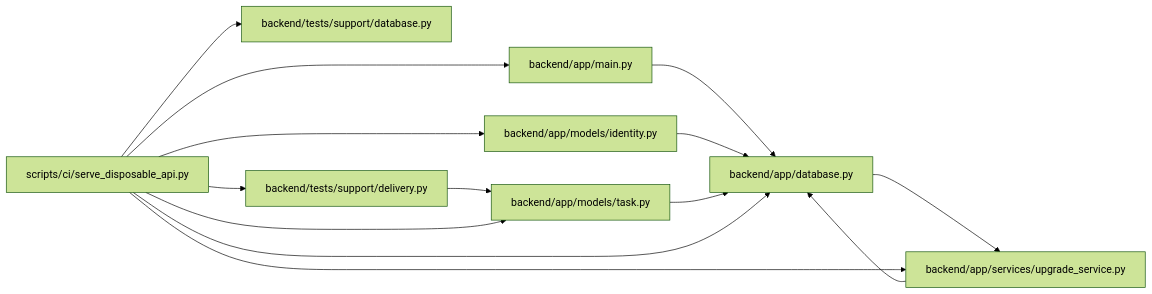
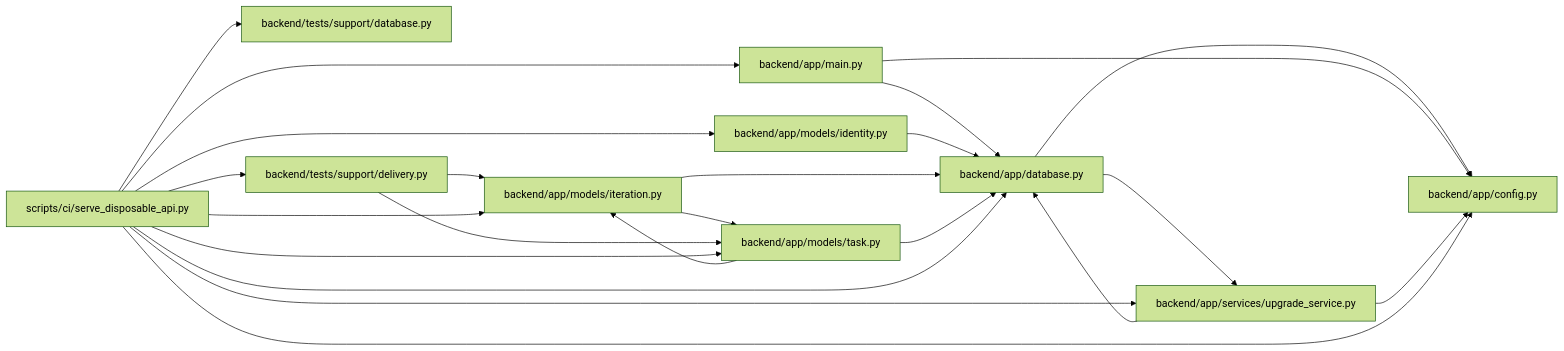
One commit to Denissvgn/WorkChord changed the diagram in docs/llm_wiki/modules/serve_disposable_api.md. Above: the diagram before and after it, drawn with Mermaid (forest theme). The commit also changed other lines of this file and 10148 other files, not shown here.

````diff
--- a/docs/llm_wiki/modules/serve_disposable_api.md
+++ b/docs/llm_wiki/modules/serve_disposable_api.md
@@ -33,32 +37,45 @@
 ```mermaid
 flowchart LR
-    n0["backend/app/database.py"]
-    n1["backend/app/main.py"]
-    n2["backend/app/models/identity.py"]
-    n3["backend/app/models/task.py"]
-    n4["backend/app/services/upgrade_service.py"]
-    n5["backend/tests/support/database.py"]
-    n6["backend/tests/support/delivery.py"]
-    n7["scripts/ci/serve_disposable_api.py"]
-    n0 --> n4
+    n0["backend/app/config.py"]
+    n1["backend/app/database.py"]
+    n2["backend/app/main.py"]
+    n3["backend/app/models/identity.py"]
+    n4["backend/app/models/iteration.py"]
+    n5["backend/app/models/task.py"]
+    n6["backend/app/services/upgrade_service.py"]
+    n7["backend/tests/support/database.py"]
+    n8["backend/tests/support/delivery.py"]
+    n9["scripts/ci/serve_disposable_api.py"]
     n1 --> n0
+    n1 --> n6
     n2 --> n0
-    n3 --> n0
-    n4 --> n0
-    n6 --> n3
-    n7 --> n0
-    n7 --> n1
-    n7 --> n2
-    n7 --> n3
-    n7 --> n4
-    n7 --> n5
-    n7 --> n6
-    click n0 "../modules/app_database.md"
-    click n1 "../modules/app_main.md"
-    click n2 "../modules/models_identity.md"
-    click n3 "../modules/models_task.md"
-    click n4 "../modules/upgrade_service.md"
-    click n5 "../modules/support_database.md"
-    click n6 "../modules/delivery.md"
-    click n7 "../modules/serve_disposable_api.md"
+    n2 --> n1
+    n3 --> n1
+    n4 --> n1
+    n4 --> n5
+    n5 --> n1
+    n5 --> n4
+    n6 --> n0
+    n6 --> n1
+    n8 --> n4
+    n8 --> n5
+    n9 --> n0
+    n9 --> n1
+    n9 --> n2
+    n9 --> n3
+    n9 --> n4
+    n9 --> n5
+    n9 --> n6
+    n9 --> n7
+    n9 --> n8
+    click n0 "../modules/config.md"
+    click n1 "../modules/app_database.md"
+    click n2 "../modules/app_main.md"
+    click n3 "../modules/models_identity.md"
+    click n4 "../modules/models_iteration.md"
+    click n5 "../modules/models_task.md"
+    click n6 "../modules/upgrade_service.md"
+    click n7 "../modules/support_database.md"
+    click n8 "../modules/delivery.md"
+    click n9 "../modules/serve_disposable_api.md"
 ```
````
